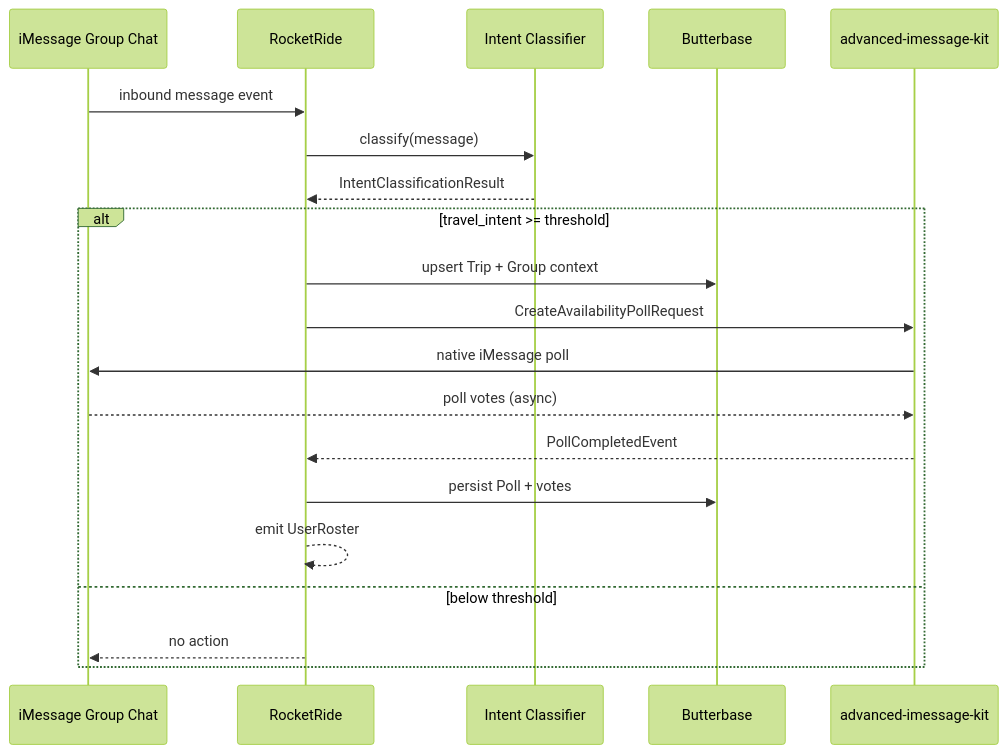
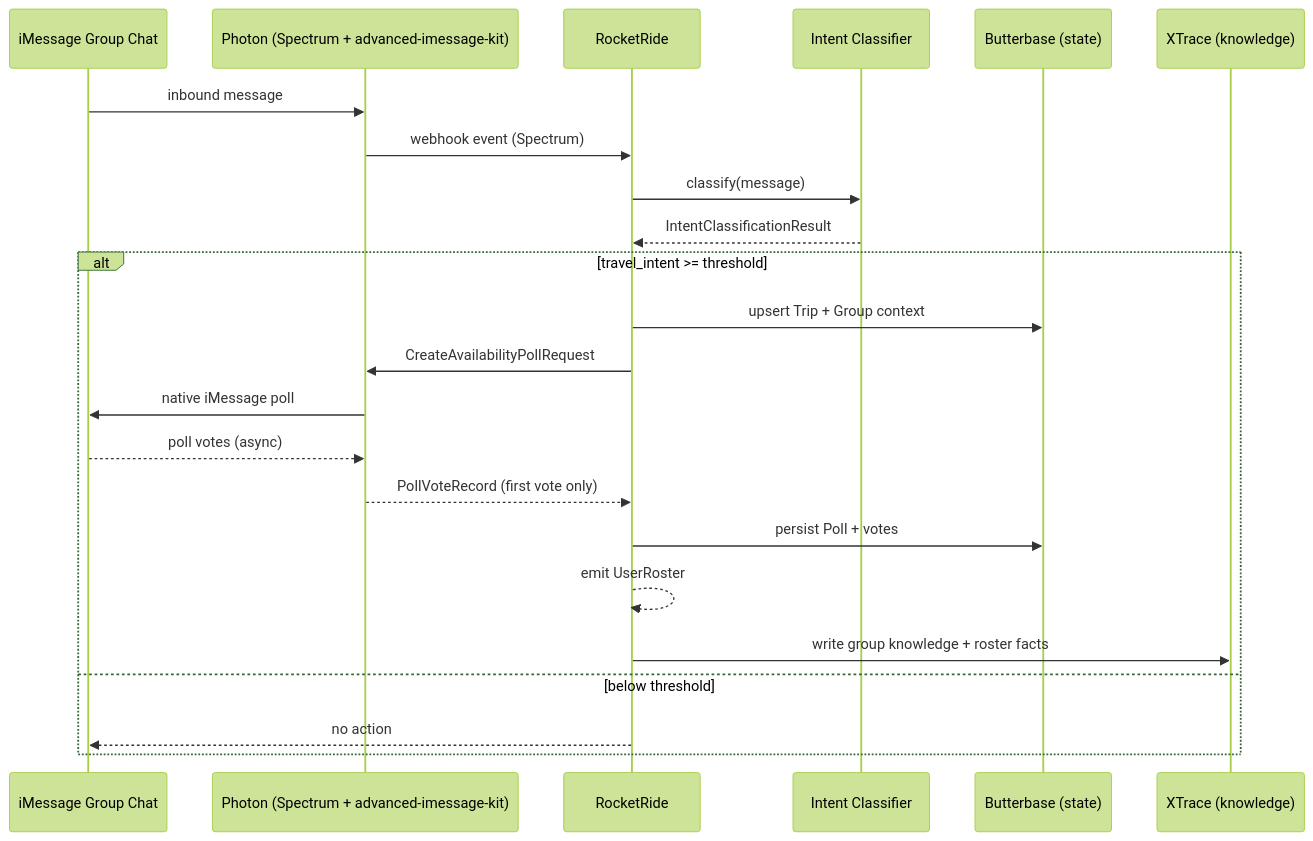
Before and after one commit to kevincui1034/reunion: the diagram in docs/contracts/intent-to-poll-integration.md, drawn with Mermaid (forest theme). The commit also changed other lines of this file and 4 other files, not shown here.

First line of the commit message:
Update intent-to-poll contract for iMessage-only and drop WhatsApp.

````diff
--- a/docs/contracts/intent-to-poll-integration.md
+++ b/docs/contracts/intent-to-poll-integration.md
@@ -16,23 +27,26 @@
 ```mermaid
 sequenceDiagram
     participant Chat as iMessage Group Chat
+    participant PH as Photon (Spectrum + advanced-imessage-kit)
     participant RR as RocketRide
     participant IC as Intent Classifier
-    participant BB as Butterbase
-    participant SDK as advanced-imessage-kit
+    participant BB as Butterbase (state)
+    participant XT as XTrace (knowledge)
 
-    Chat->>RR: inbound message event
+    Chat->>PH: inbound message
+    PH->>RR: webhook event (Spectrum)
     RR->>IC: classify(message)
     IC-->>RR: IntentClassificationResult
     alt travel_intent >= threshold
         RR->>BB: upsert Trip + Group context
-        RR->>SDK: CreateAvailabilityPollRequest
-        SDK->>Chat: native iMessage poll
-        Chat-->>SDK: poll votes (async)
-        SDK-->>RR: PollCompletedEvent
+        RR->>PH: CreateAvailabilityPollRequest
+        PH->>Chat: native iMessage poll
+        Chat-->>PH: poll votes (async)
+        PH-->>RR: PollVoteRecord (first vote only)
         RR->>BB: persist Poll + votes
         RR-->>RR: emit UserRoster
+        RR->>XT: write group knowledge + roster facts
     else below threshold
         RR-->>Chat: no action
     end
 ```
````
